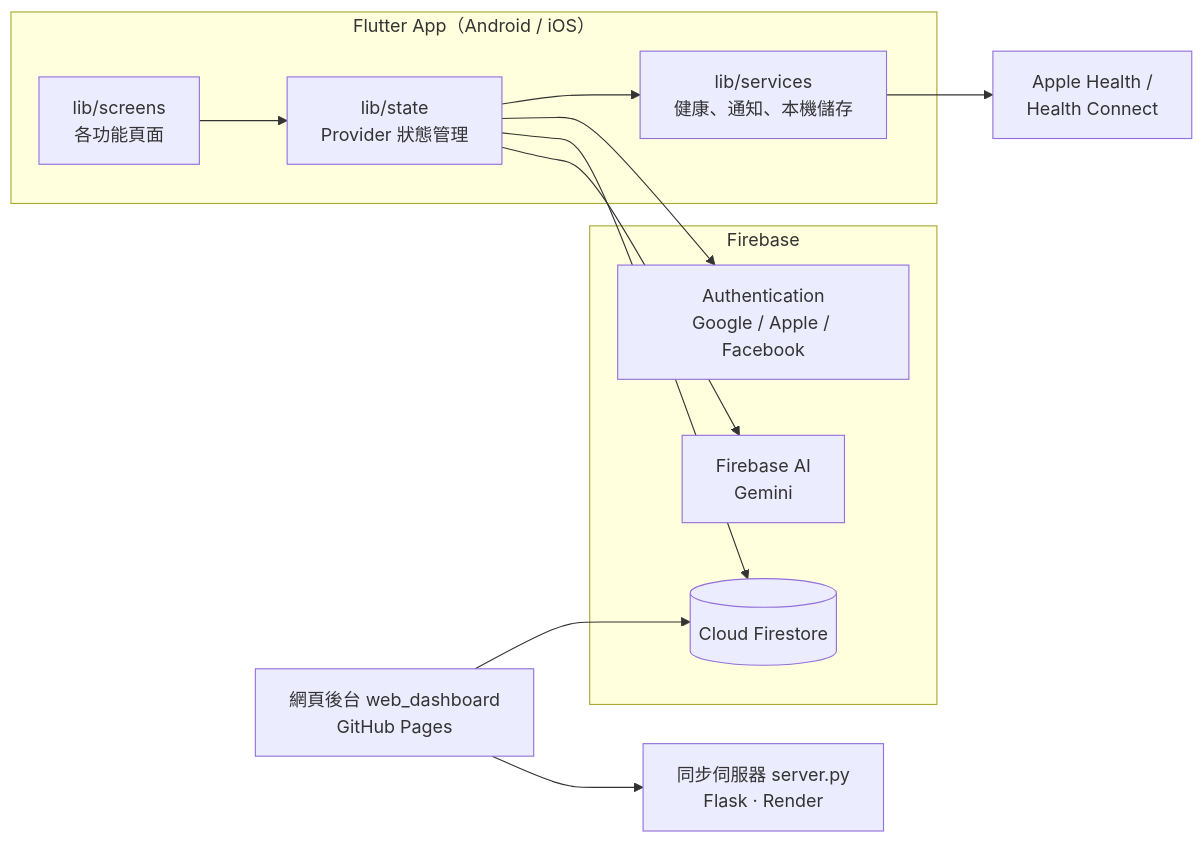
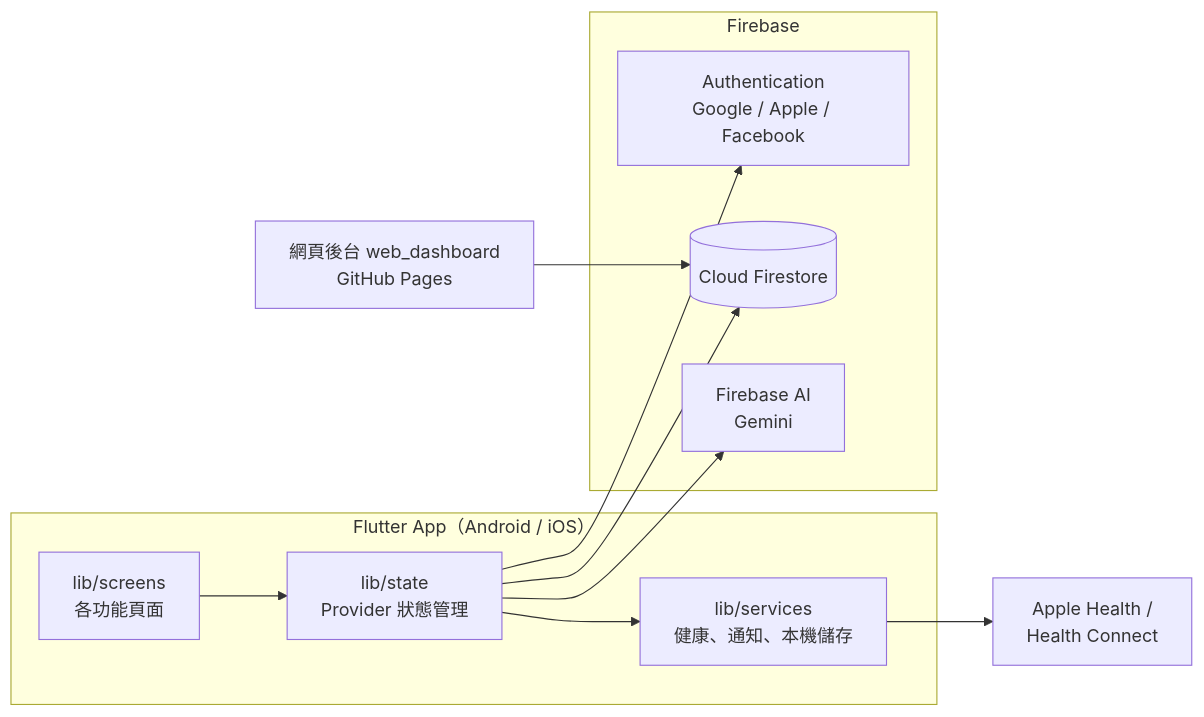
One commit to Johnnnny0823/Nudge changed the diagram in README.md. Above: the diagram before and after it, drawn with Mermaid. The commit also changed other lines of this file and 3 other files, not shown here.

````diff
--- a/README.md
+++ b/README.md
@@ -66,24 +66,22 @@
 ```mermaid
 flowchart LR
     subgraph App["Flutter App（Android / iOS）"]
         UI["lib/screens<br/>各功能頁面"]
         ST["lib/state<br/>Provider 狀態管理"]
         SV["lib/services<br/>健康、通知、本機儲存"]
     end
     subgraph FB["Firebase"]
         AUTH["Authentication<br/>Google / Apple / Facebook"]
         FS[("Cloud Firestore")]
         AI["Firebase AI<br/>Gemini"]
     end
     H["Apple Health /<br/>Health Connect"]
     W["網頁後台 web_dashboard<br/>GitHub Pages"]
-    R["同步伺服器 server.py<br/>Flask · Render"]
 
     UI --> ST --> SV
     ST --> AUTH
     ST --> FS
     ST --> AI
     SV --> H
     W --> FS
-    W --> R
 ```
````
